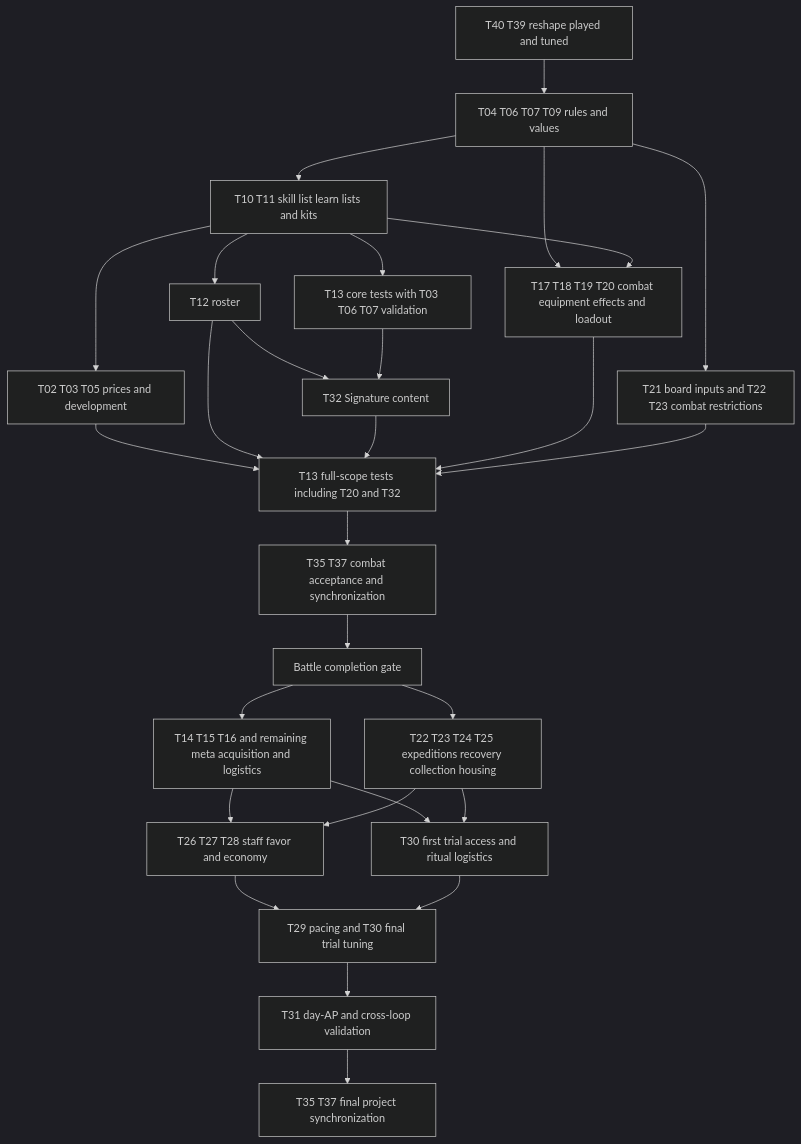
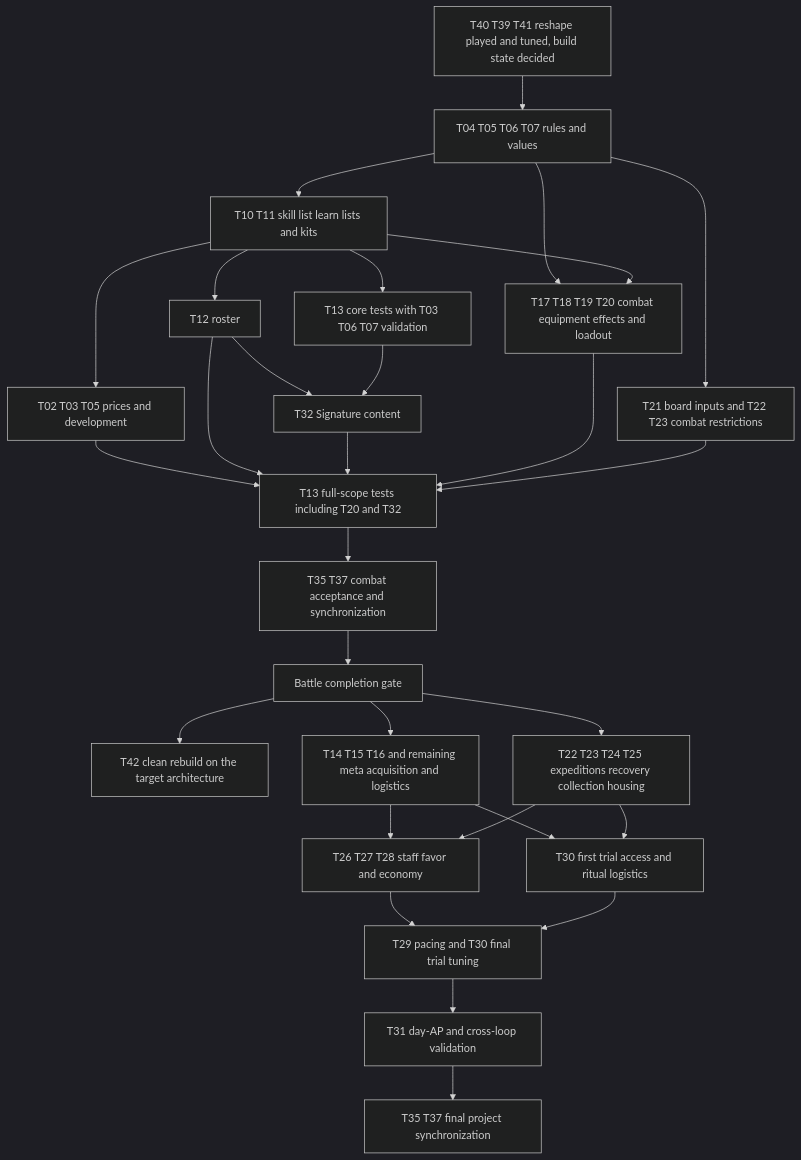
The diagram in docs/temp_todo.md (papierkorp/road_of_the_beasts), drawn with Mermaid (dark theme) before and after one commit. The commit also changed other lines of this file and 29 other files, not shown here.

````diff
--- a/docs/temp_todo.md
+++ b/docs/temp_todo.md
@@ -545,30 +579,31 @@
 ```mermaid
 flowchart TD
-    A[T40 T39 reshape played and tuned] --> B[T04 T06 T07 T09 rules and values]
+    A[T40 T39 T41 reshape played and tuned, build state decided] --> B[T04 T05 T06 T07 rules and values]
     B --> D[T10 T11 skill list learn lists and kits]
     D --> C[T02 T03 T05 prices and development]
     D --> E[T12 roster]
     D --> F[T13 core tests with T03 T06 T07 validation]
     B --> G[T17 T18 T19 T20 combat equipment effects and loadout]
     D --> G
     B --> H[T21 board inputs and T22 T23 combat restrictions]
     E --> I[T32 Signature content]
     F --> I
     C --> J[T13 full-scope tests including T20 and T32]
     E --> J
     I --> J
     G --> J
     H --> J
     J --> K[T35 T37 combat acceptance and synchronization]
     K --> L[Battle completion gate]
+    L --> U[T42 clean rebuild on the target architecture]
     L --> M[T14 T15 T16 and remaining meta acquisition and logistics]
     L --> N[T22 T23 T24 T25 expeditions recovery collection housing]
     M --> O[T26 T27 T28 staff favor and economy]
     N --> O
     M --> P[T30 first trial access and ritual logistics]
     N --> P
     O --> Q[T29 pacing and T30 final trial tuning]
     P --> Q
     Q --> R[T31 day-AP and cross-loop validation]
     R --> S[T35 T37 final project synchronization]
 ```
````
